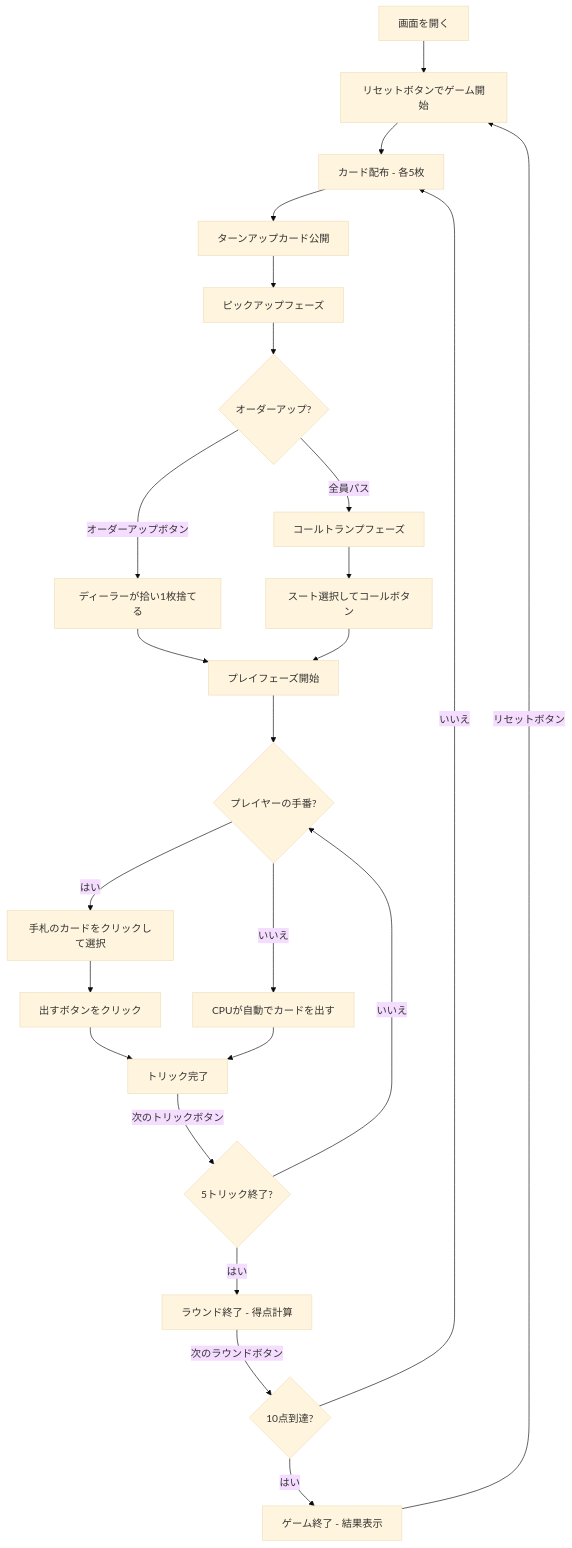
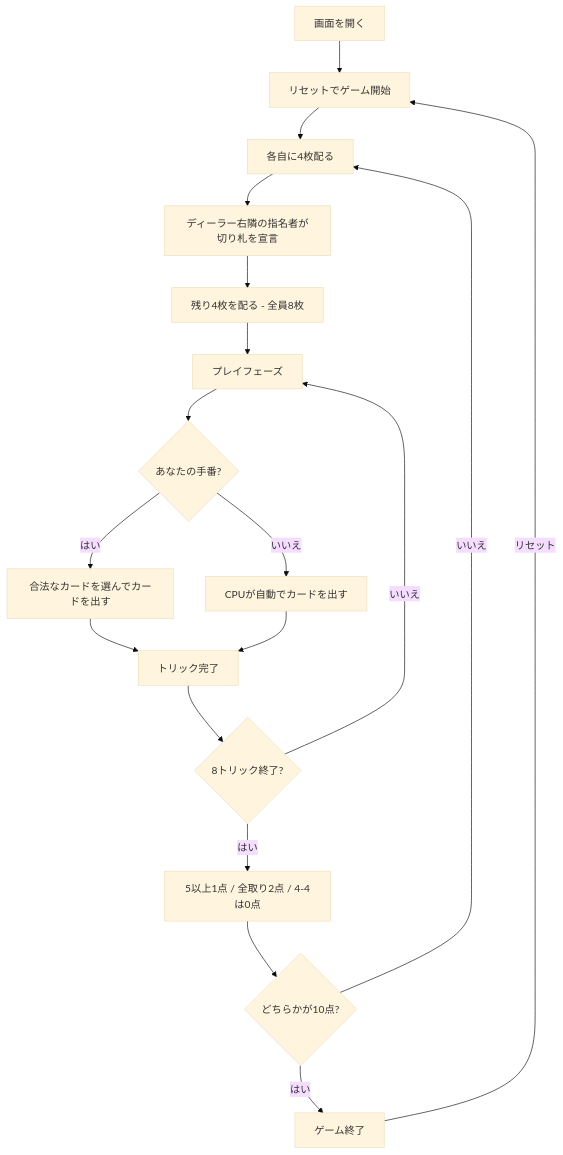
Before and after one commit to yuta-yoshinaga/go_trumpcards: the diagram in docs/manual/web/omi.md, drawn with Mermaid (base theme). The commit also changed other lines of this file and 10 other files, not shown here.

````diff
--- a/docs/manual/web/omi.md
+++ b/docs/manual/web/omi.md
@@ -55,26 +38,20 @@
 ```mermaid
 flowchart TD
-    A[画面を開く] --> B[リセットボタンでゲーム開始]
-    B --> C[カード配布 - 各5枚]
-    C --> D[ターンアップカード公開]
-    D --> E[ピックアップフェーズ]
-    E --> F{オーダーアップ?}
-    F -->|オーダーアップボタン| G[ディーラーが拾い1枚捨てる]
-    F -->|全員パス| H[コールトランプフェーズ]
-    H --> I[スート選択してコールボタン]
-    G --> J[プレイフェーズ開始]
+    A[画面を開く] --> B[リセットでゲーム開始]
+    B --> C[各自に4枚配る]
+    C --> D[ディーラー右隣の指名者が切り札を宣言]
+    D --> E[残り4枚を配る - 全員8枚]
+    E --> F[プレイフェーズ]
+    F --> G{あなたの手番?}
+    G -->|はい| H[合法なカードを選んでカードを出す]
+    G -->|いいえ| I[CPUが自動でカードを出す]
+    H --> J[トリック完了]
     I --> J
-    J --> K{プレイヤーの手番?}
-    K -->|はい| L[手札のカードをクリックして選択]
-    K -->|いいえ| M[CPUが自動でカードを出す]
-    L --> N[出すボタンをクリック]
-    N --> O[トリック完了]
-    M --> O
-    O -->|次のトリックボタン| P{5トリック終了?}
-    P -->|いいえ| K
-    P -->|はい| Q[ラウンド終了 - 得点計算]
-    Q -->|次のラウンドボタン| R{10点到達?}
-    R -->|いいえ| C
-    R -->|はい| S[ゲーム終了 - 結果表示]
-    S -->|リセットボタン| B
+    J --> K{8トリック終了?}
+    K -->|いいえ| F
+    K -->|はい| L[5以上1点 / 全取り2点 / 4-4は0点]
+    L --> M{どちらかが10点?}
+    M -->|いいえ| C
+    M -->|はい| N[ゲーム終了]
+    N -->|リセット| B
 ```
````
